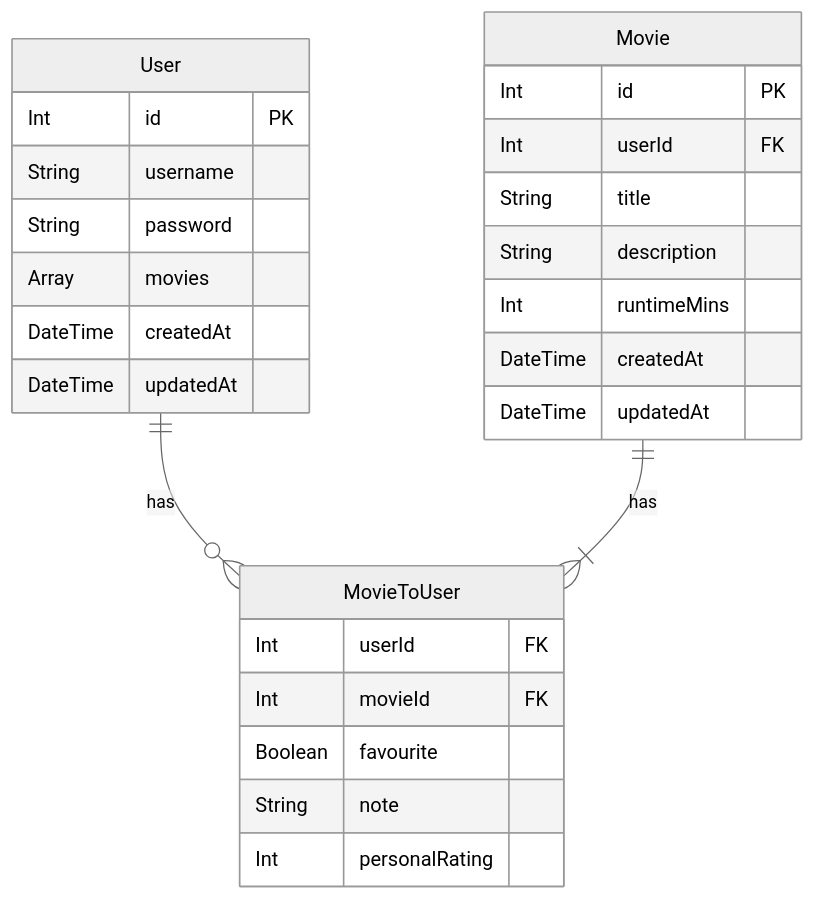
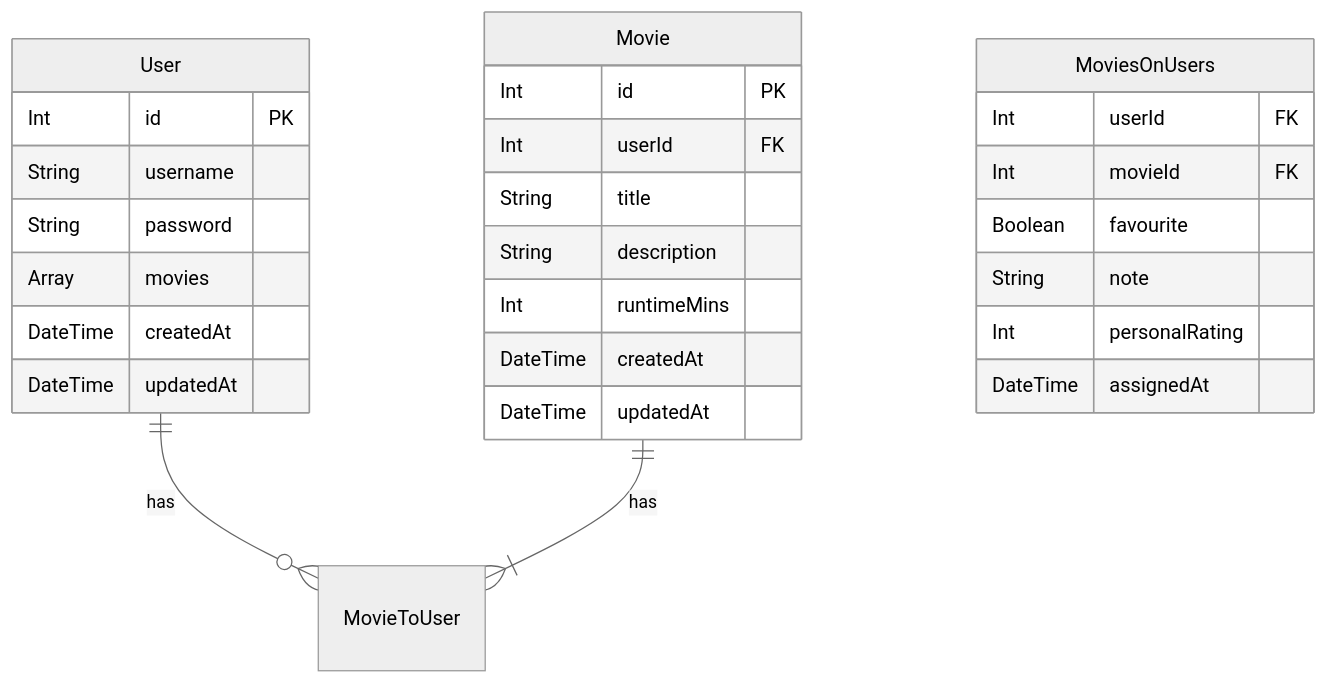
One commit to boolean-uk/auth-challenge changed the diagram in docs/erd.md. Above: the diagram before and after it, drawn with Mermaid (neutral theme). The commit also changed other lines of this file, not shown here.

Commit message:
docs: update erd

````diff
--- a/docs/erd.md
+++ b/docs/erd.md
@@ -7,35 +9,36 @@
 ```mermaid
 
 erDiagram
 
  User ||--o{ MovieToUser : has
  Movie ||--|{ MovieToUser : has
 
  User {
   Int           id           PK
   String        username      
   String        password
   Array         movies  
   DateTime      createdAt    
   DateTime      updatedAt    
 }
 
  Movie {
   Int       id               PK
   Int       userId           FK
   String    title              
   String    description   
   Int       runtimeMins   
   DateTime  createdAt         
   DateTime  updatedAt         
 }
 
- MovieToUser {
-    Int     userId          FK
-    Int     movieId         FK
-    Boolean favourite
-    String  note
-    Int     personalRating
+ MoviesOnUsers {
+    Int       userId          FK
+    Int       movieId         FK
+    Boolean   favourite
+    String    note
+    Int       personalRating
+    DateTime  assignedAt
  }
 
 ```
````
